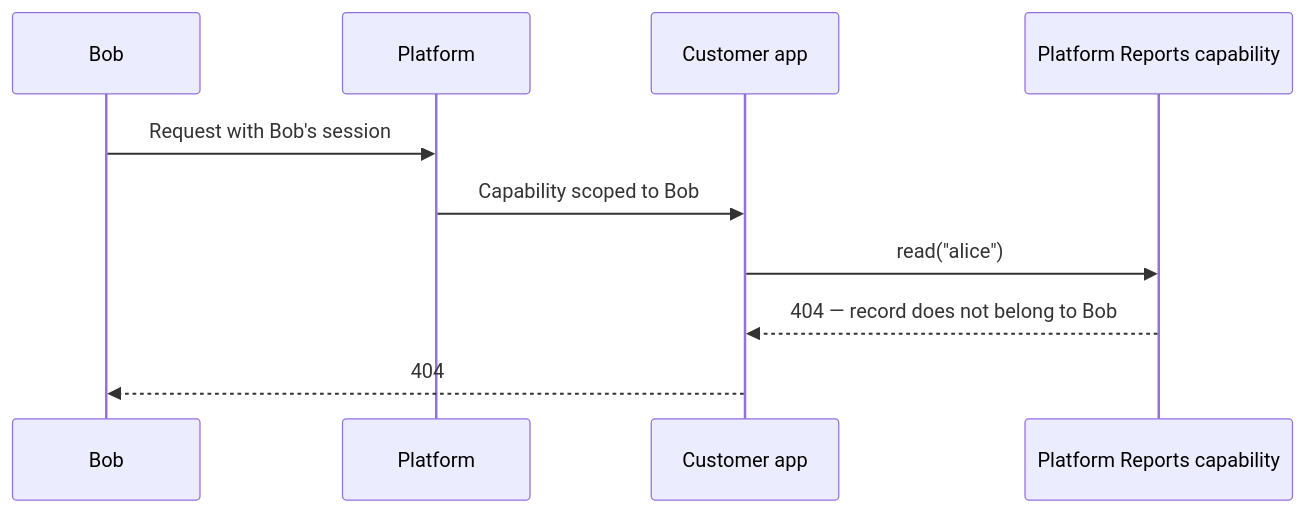
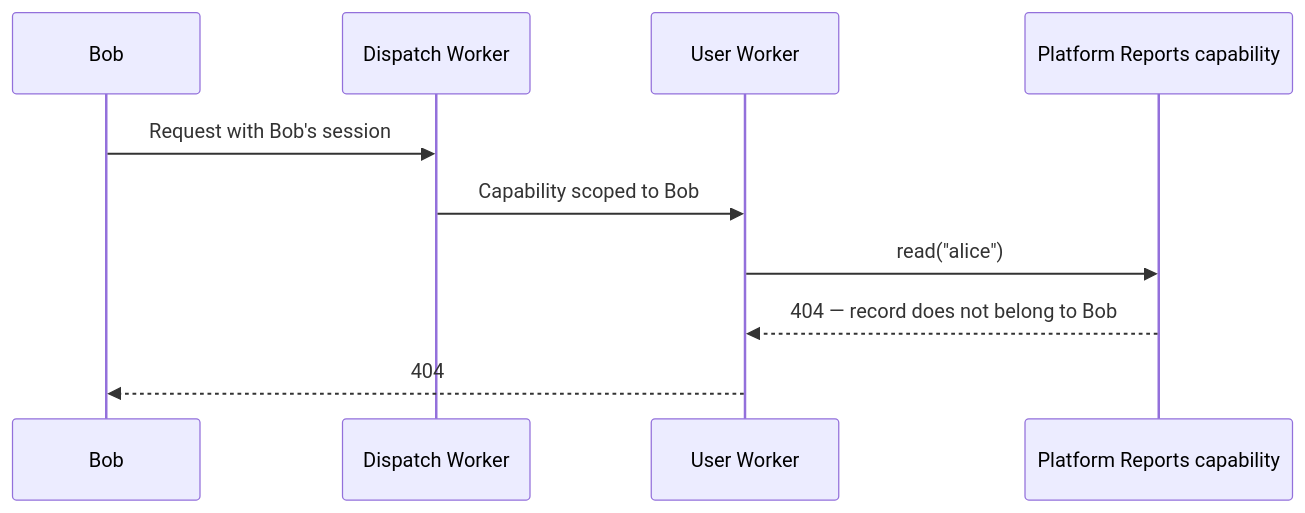
The third of 3 diagrams in src/content/docs/cloudflare-for-platforms/workers-for-platforms/configuration/authentication.mdx (cloudflare/cloudflare-docs), drawn with Mermaid before and after one commit. The commit also changed other lines of this file and 5 other files, not shown here.

````diff
--- a/src/content/docs/cloudflare-for-platforms/workers-for-platforms/configuration/authentication.mdx
+++ b/src/content/docs/cloudflare-for-platforms/workers-for-platforms/configuration/authentication.mdx
@@ -214,12 +150,12 @@
 ```mermaid
 sequenceDiagram
   participant Caller as Bob
-  participant Platform
-  participant App as Customer app
+  participant Platform as Dispatch Worker
+  participant App as User Worker
   participant Reports as Platform Reports capability
   Caller->>Platform: Request with Bob's session
   Platform->>App: Capability scoped to Bob
   App->>Reports: read("alice")
   Reports-->>App: 404 — record does not belong to Bob
   App-->>Caller: 404
 ```
````
